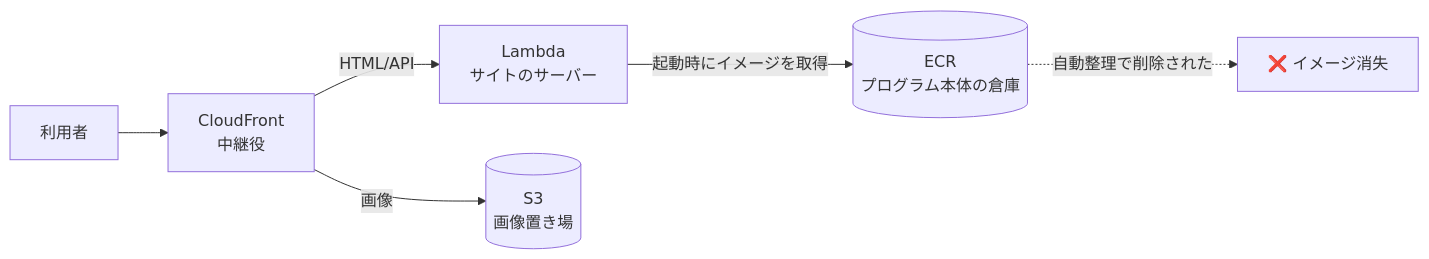
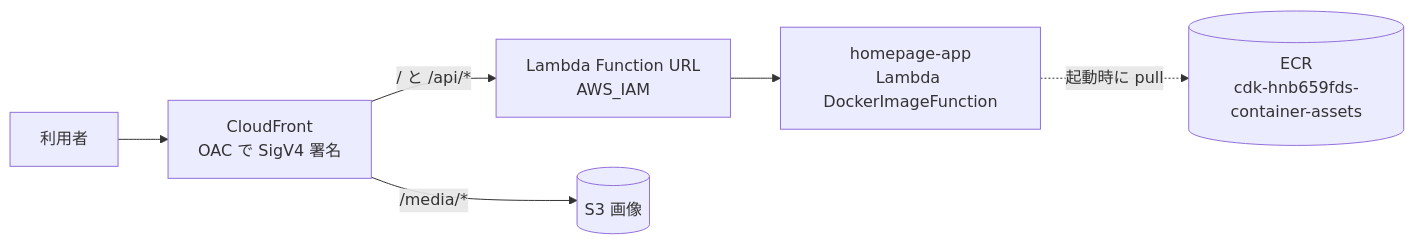
The diagram in docs/20261030_outage_ecr-image-expiry.md (okamoto53515606/homepage), drawn with Mermaid before and after one commit. The commit also changed other lines of this file, not shown here.

First line of the commit message:
docs(outage): 障害記録を「AWS に詳しくないエンジニア」向けに書き直し

````diff
--- a/docs/20261030_outage_ecr-image-expiry.md
+++ b/docs/20261030_outage_ecr-image-expiry.md
@@ -120,8 +88,8 @@
 ```mermaid
 flowchart LR
-    U[利用者] --> CF[CloudFront<br/>中継役]
-    CF -->|HTML/API| L[Lambda<br/>サイトのサーバー]
-    CF -->|画像| S3[(S3<br/>画像置き場)]
-    L -->|起動時にイメージを取得| ECR[(ECR<br/>プログラム本体の倉庫)]
-    ECR -.->|自動整理で削除された| X[❌ イメージ消失]
+    U[利用者] --> CF[CloudFront<br/>OAC で SigV4 署名]
+    CF -->|"/ と /api/*"| URL[Lambda Function URL<br/>AWS_IAM]
+    URL --> L[homepage-app<br/>Lambda DockerImageFunction]
+    L -.->|起動時に pull| ECR[(ECR<br/>cdk-hnb659fds-container-assets)]
+    CF -->|"/media/*"| S3[(S3 画像)]
 ```
````
